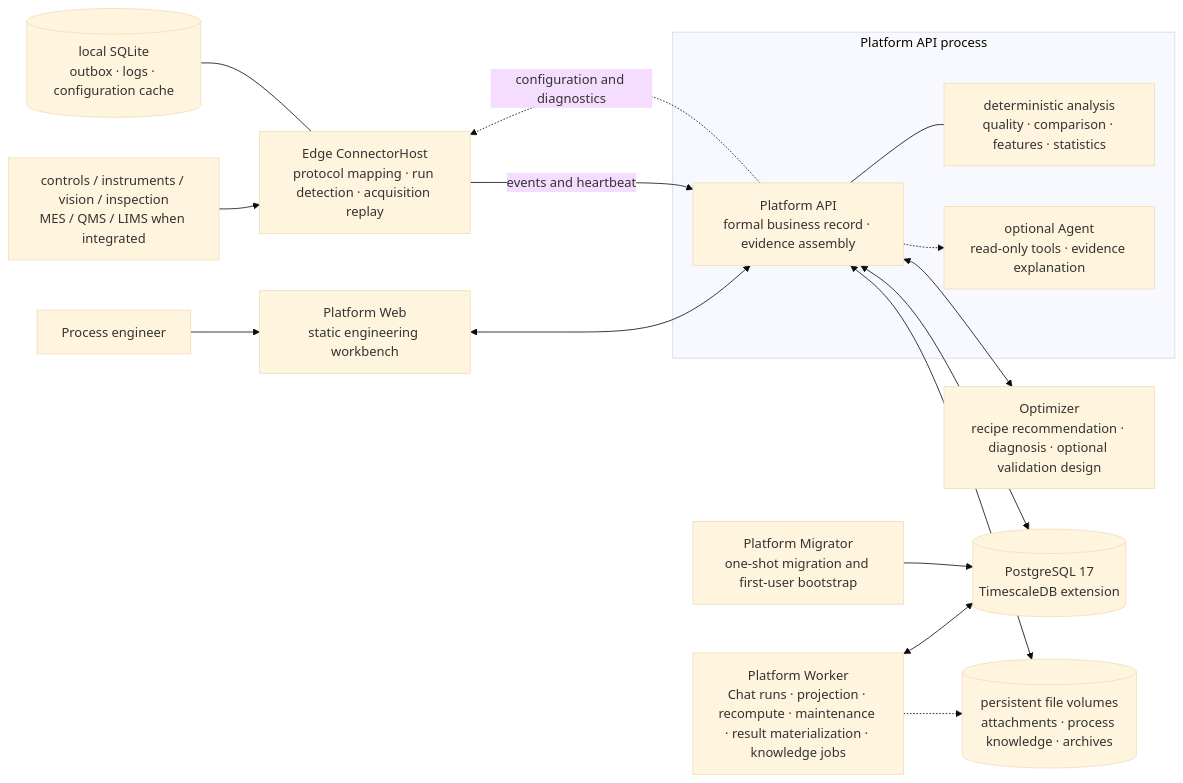
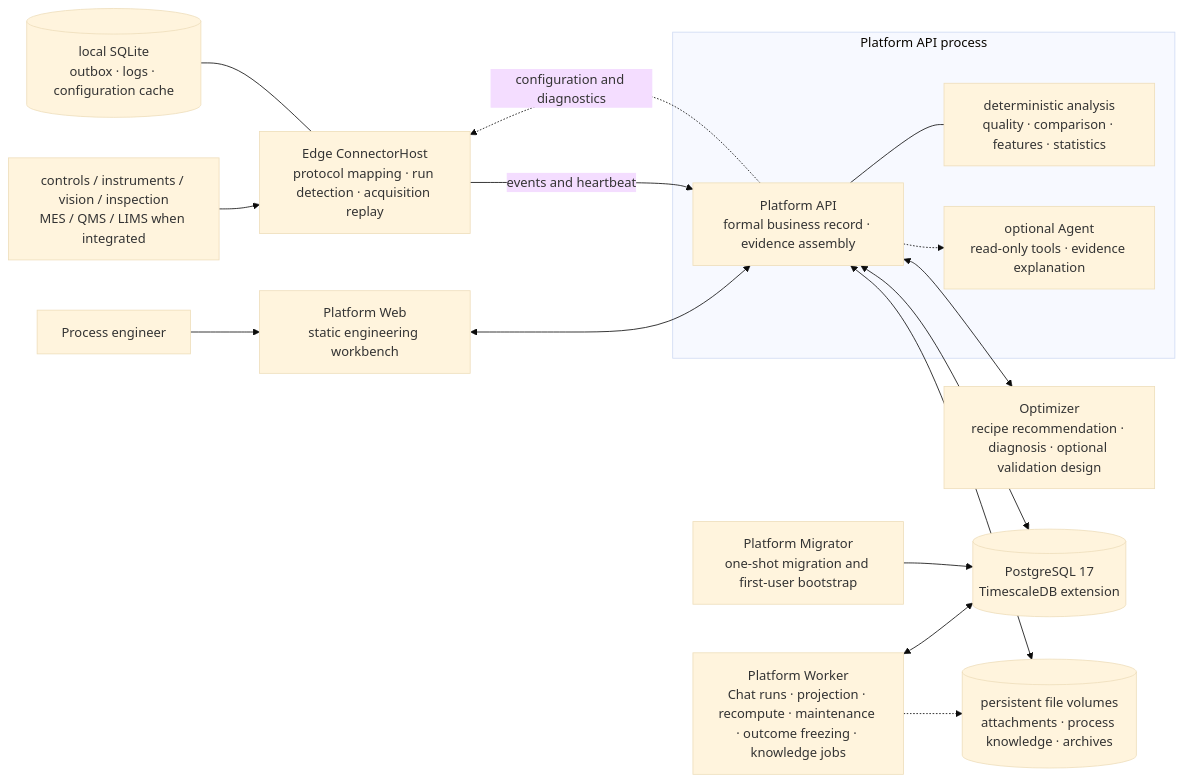
Before and after one commit to liuweichaox/Ingot: the diagram in docs/design.en.md, drawn with Mermaid (base theme). The commit also changed other lines of this file and 52 other files, not shown here.

````diff
--- a/docs/design.en.md
+++ b/docs/design.en.md
@@ -57,24 +59,24 @@
 ```mermaid
 flowchart LR
     Sources["controls / instruments / vision / inspection\nMES / QMS / LIMS when integrated"] --> Edge["Edge ConnectorHost\nprotocol mapping · run detection · acquisition replay"]
     EdgeStore[("local SQLite\noutbox · logs · configuration cache")] --- Edge
     Engineer["Process engineer"] --> Web["Platform Web\nstatic engineering workbench"]
     Web <--> Api
     Edge -->|events and heartbeat| Api
     Api -.->|configuration and diagnostics| Edge
 
     subgraph ApiProcess["Platform API process"]
         Api["Platform API\nformal business record · evidence assembly"]
         Analysis["deterministic analysis\nquality · comparison · features · statistics"]
         Agent["optional Agent\nread-only tools · evidence explanation"]
         Api --- Analysis
         Api -.-> Agent
     end
 
     Api <--> Optimizer["Optimizer\nrecipe recommendation · diagnosis · optional validation design"]
     Api <--> DB[("PostgreSQL 17\nTimescaleDB extension")]
     Api <--> Files[("persistent file volumes\nattachments · process knowledge · archives")]
-    Worker["Platform Worker\nChat runs · projection · recompute · maintenance · result materialization · knowledge jobs"] <--> DB
+    Worker["Platform Worker\nChat runs · projection · recompute · maintenance · outcome freezing · knowledge jobs"] <--> DB
     Worker -.-> Files
     Migrator["Platform Migrator\none-shot migration and first-user bootstrap"] --> DB
 ```
````
